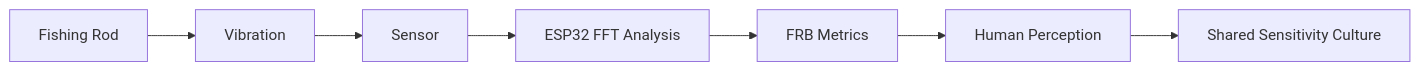
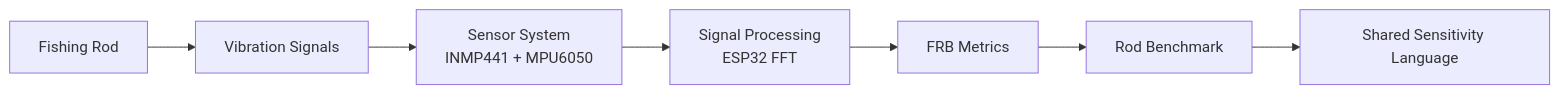
One commit to tamasub/FRB changed the first of 5 diagrams in README.md. Above: the diagram before and after it, drawn with Mermaid. The commit also changed other lines of this file, not shown here.

````diff
--- a/README.md
+++ b/README.md
@@ -22,11 +22,17 @@
 ```mermaid
 flowchart LR
 
-A[Fishing Rod] --> B[Vibration]
-B --> C[Sensor]
-C --> D[ESP32 FFT Analysis]
+A[Fishing Rod]
+
+A --> B[Vibration Signals]
+
+B --> C[Sensor System<br/>INMP441 + MPU6050]
+
+C --> D[Signal Processing<br/>ESP32 FFT]
+
 D --> E[FRB Metrics]
 
-E --> F[Human Perception]
-F --> G[Shared Sensitivity Culture]
+E --> F[Rod Benchmark]
+
+F --> G[Shared Sensitivity Language]
 ```
````
